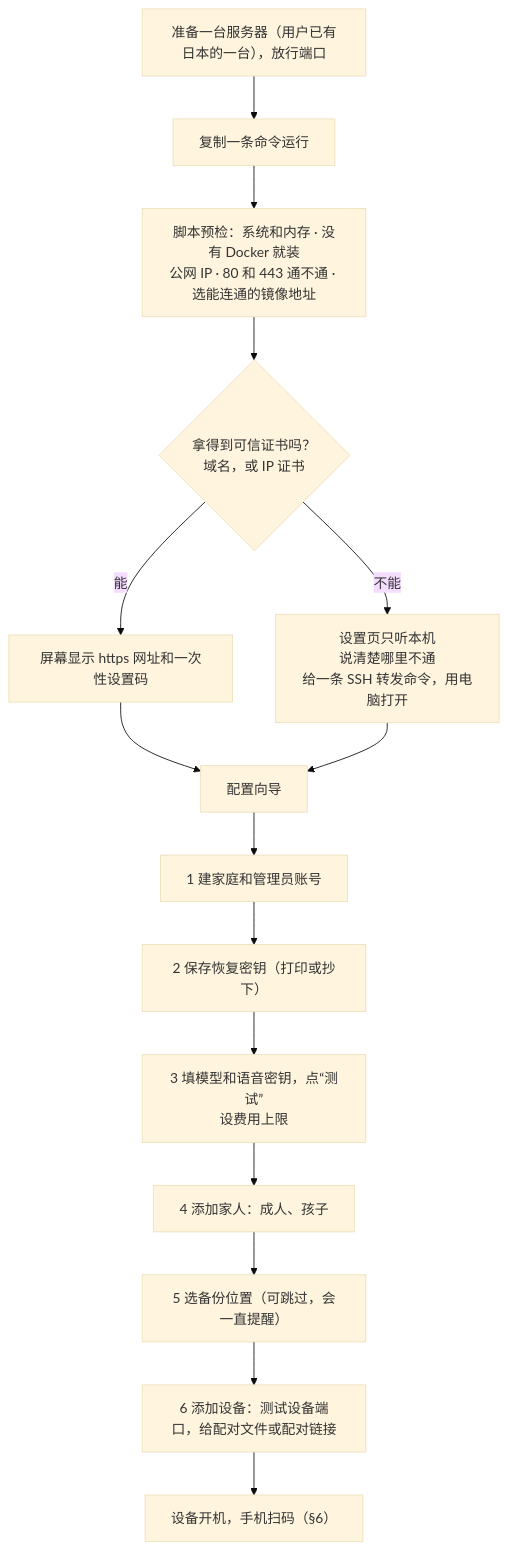
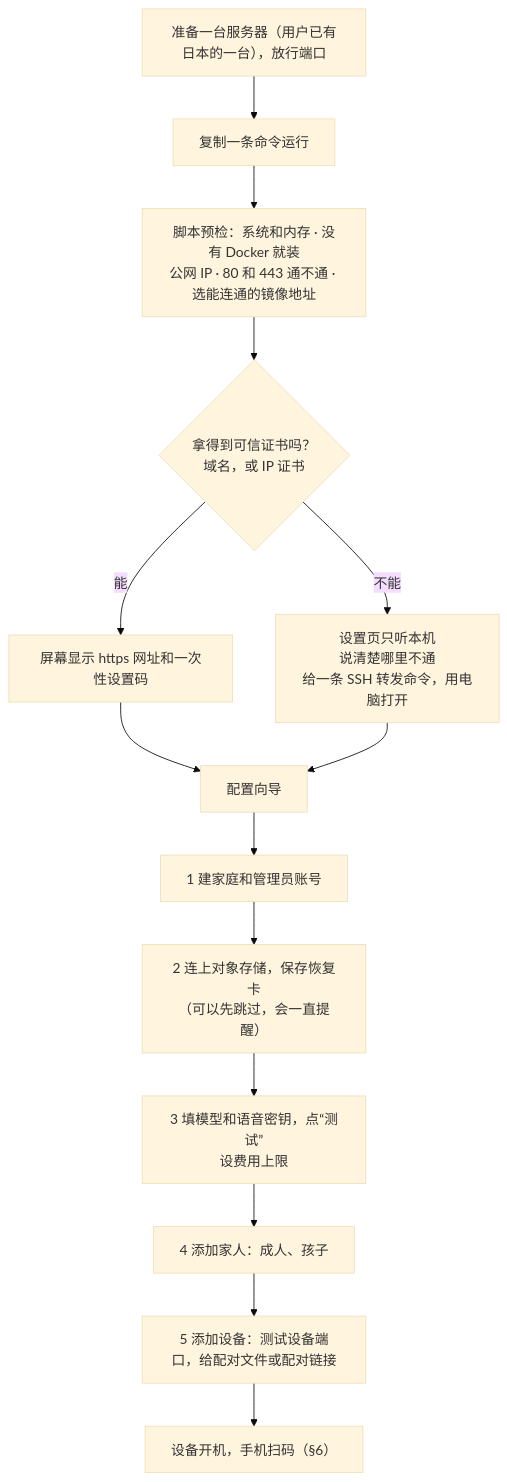
The third of 19 diagrams in docs/hub/hub-architecture.md (Gidean-zcx/ink), drawn with Mermaid (base theme) before and after one commit. The commit also changed other lines of this file and 14 other files, not shown here.

````diff
--- a/docs/hub/hub-architecture.md
+++ b/docs/hub/hub-architecture.md
@@ -272,17 +276,16 @@
 ```mermaid
 flowchart TB
   A["准备一台服务器（用户已有日本的一台），放行端口"] --> B["复制一条命令运行"]
   B --> C["脚本预检：系统和内存 · 没有 Docker 就装<br/>公网 IP · 80 和 443 通不通 · 选能连通的镜像地址"]
   C --> D{"拿得到可信证书吗？<br/>域名，或 IP 证书"}
   D -- "能" --> E["屏幕显示 https 网址和一次性设置码"]
   D -- "不能" --> F["设置页只听本机<br/>说清楚哪里不通<br/>给一条 SSH 转发命令，用电脑打开"]
   E --> G["配置向导"]
   F --> G
   G --> H["1 建家庭和管理员账号"]
-  H --> I["2 保存恢复密钥（打印或抄下）"]
+  H --> I["2 连上对象存储，保存恢复卡<br/>（可以先跳过，会一直提醒）"]
   I --> J["3 填模型和语音密钥，点“测试”<br/>设费用上限"]
   J --> K["4 添加家人：成人、孩子"]
-  K --> L["5 选备份位置（可跳过，会一直提醒）"]
-  L --> M["6 添加设备：测试设备端口，给配对文件或配对链接"]
+  K --> M["5 添加设备：测试设备端口，给配对文件或配对链接"]
   M --> N["设备开机，手机扫码（§6）"]
 ```
````
